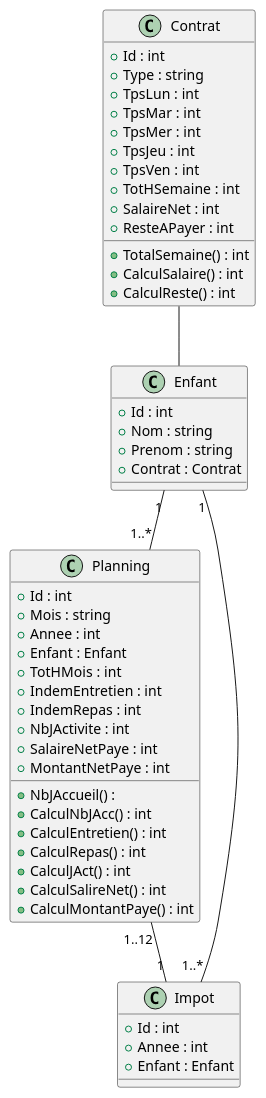
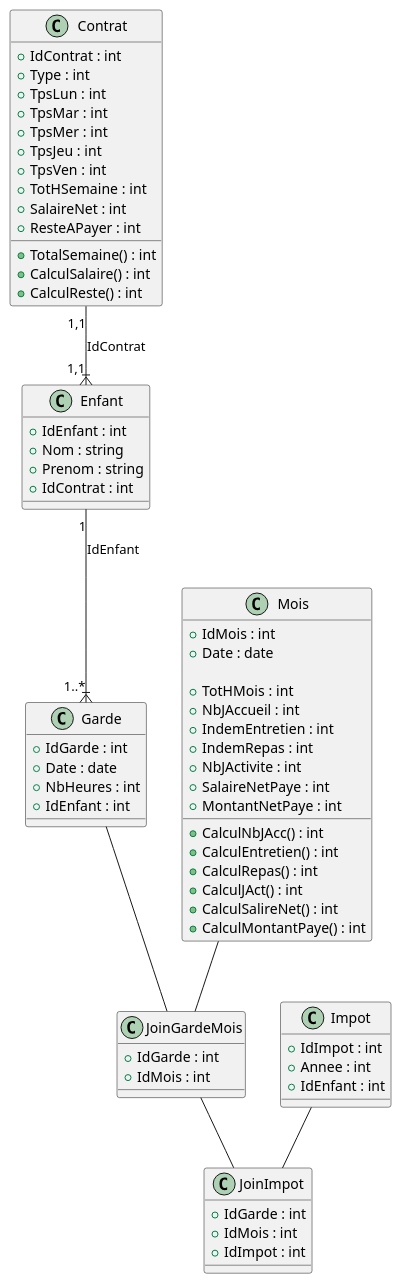
The diagram in diagramme.puml (CedrineJolly/App1), drawn with PlantUML before and after one commit. The commit also changed 6 other files, not shown here.

```diff
--- a/diagramme.puml
+++ b/diagramme.puml
@@ -1,66 +1,87 @@
 @startuml
 class Contrat 
 {
-    + Id : int
-    + Type : string
+    + IdContrat : int
+    + Type : int
     + TpsLun : int
     + TpsMar : int
     + TpsMer : int
     + TpsJeu : int
     + TpsVen : int
     + TotHSemaine : int
     + SalaireNet : int
     + ResteAPayer : int
 
     + TotalSemaine() : int
     + CalculSalaire() : int
     + CalculReste() : int
 
 }
 
 class Enfant
 {
-    + Id : int
+    + IdEnfant : int
     + Nom : string
     + Prenom : string
-    + Contrat : Contrat
+    + IdContrat : int
 }
+Contrat "1,1"--|{"1,1" Enfant : IdContrat
 
-class Planning 
+class Mois 
 {
-    + Id : int
-    + Mois : string
-    + Annee : int
-    + Enfant : Enfant
+    + IdMois : int
+    + Date : date
+
     + TotHMois : int
-    + NbJAccueil() :
+    + NbJAccueil : int
     + IndemEntretien : int
     + IndemRepas : int
     + NbJActivite : int
     + SalaireNetPaye : int
     + MontantNetPaye : int
-
-
     + CalculNbJAcc() : int
     + CalculEntretien() : int
     + CalculRepas() : int
     + CalculJAct() : int
     + CalculSalireNet() : int
     + CalculMontantPaye() : int
 
 }
 
+class Garde
+{
+    + IdGarde : int
+    + Date : date 
+    + NbHeures : int
+    + IdEnfant : int
+}
+
+Enfant "1" --|{ "1..*" Garde : IdEnfant
+
+class JoinGardeMois
+{
+    + IdGarde : int
+    + IdMois : int
+}
+
+Garde -- JoinGardeMois
+Mois -- JoinGardeMois
+
 class Impot
 {
-    + Id : int
+    + IdImpot : int
     + Annee : int
-    + Enfant : Enfant
+    + IdEnfant : int
 }
 
-Contrat -- Enfant
-Enfant "1" -- "1..*" Planning
-Enfant "1" -- "1..*" Impot
-Planning "1..12" -- "1" Impot
+class JoinImpot
+{
+    + IdGarde : int
+    + IdMois : int
+    + IdImpot : int
+}
 
+Impot -- JoinImpot
+JoinGardeMois -- JoinImpot
 
 @enduml
```
